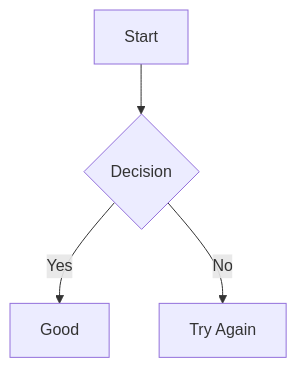
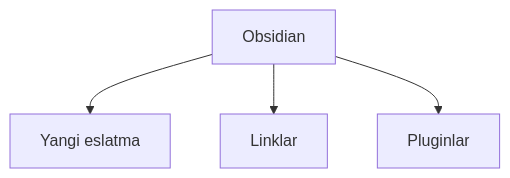
One commit to fargonee/garden changed the diagram in src/site/notes/EDUCATION/Obsidian tutorial/Basic.uz.md. Above: the diagram before and after it, drawn with Mermaid. The commit also changed other lines of this file and 1 other file, not shown here.

````diff
--- a/src/site/notes/EDUCATION/Obsidian tutorial/Basic.uz.md
+++ b/src/site/notes/EDUCATION/Obsidian tutorial/Basic.uz.md
@@ -492,6 +207,6 @@
 ```mermaid
 graph TD
-    A[Start] --> B{Decision}
-    B -->|Yes| C[Good]
-    B -->|No| D[Try Again]
+    A[Obsidian] --> B[Yangi eslatma]
+    A --> C[Linklar]
+    A --> D[Pluginlar]
 ```
````
